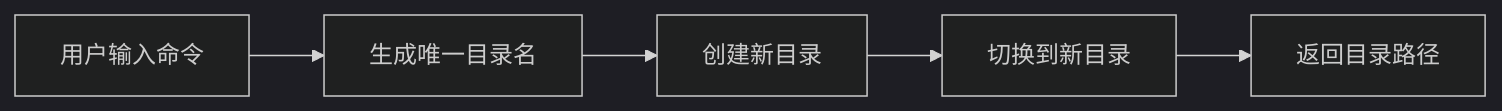
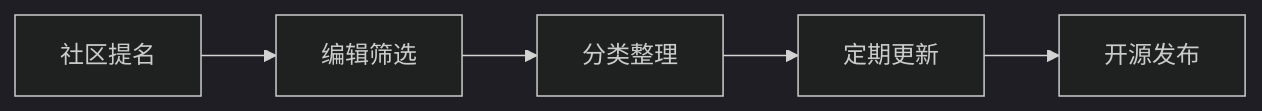
The fourth of 7 diagrams in reports/2026/01/2026-01-20.md (wayyoungboy/github-trending-reporter), drawn with Mermaid (dark theme) before and after one commit. The commit also changed other lines of this file and 1 other file, not shown here.

````diff
--- a/reports/2026/01/2026-01-20.md
+++ b/reports/2026/01/2026-01-20.md
@@ -256,7 +211,7 @@
 ```mermaid
 graph LR
-    A[用户输入命令] --> B[生成唯一目录名]
-    B --> C[创建新目录]
-    C --> D[切换到新目录]
-    D --> E[返回目录路径]
+    A[社区提名] --> B[编辑筛选]
+    B --> C[分类整理]
+    C --> D[定期更新]
+    D --> E[开源发布]
 ```
````
